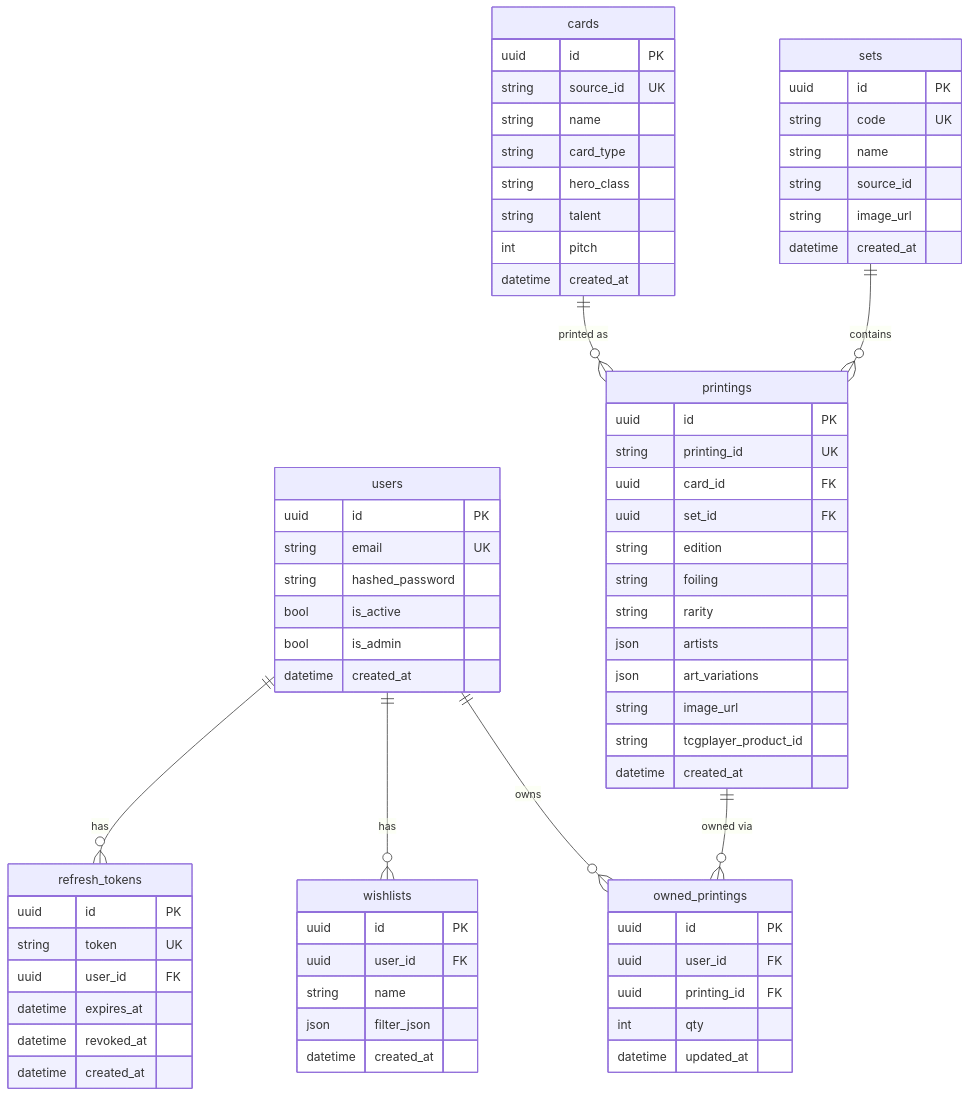
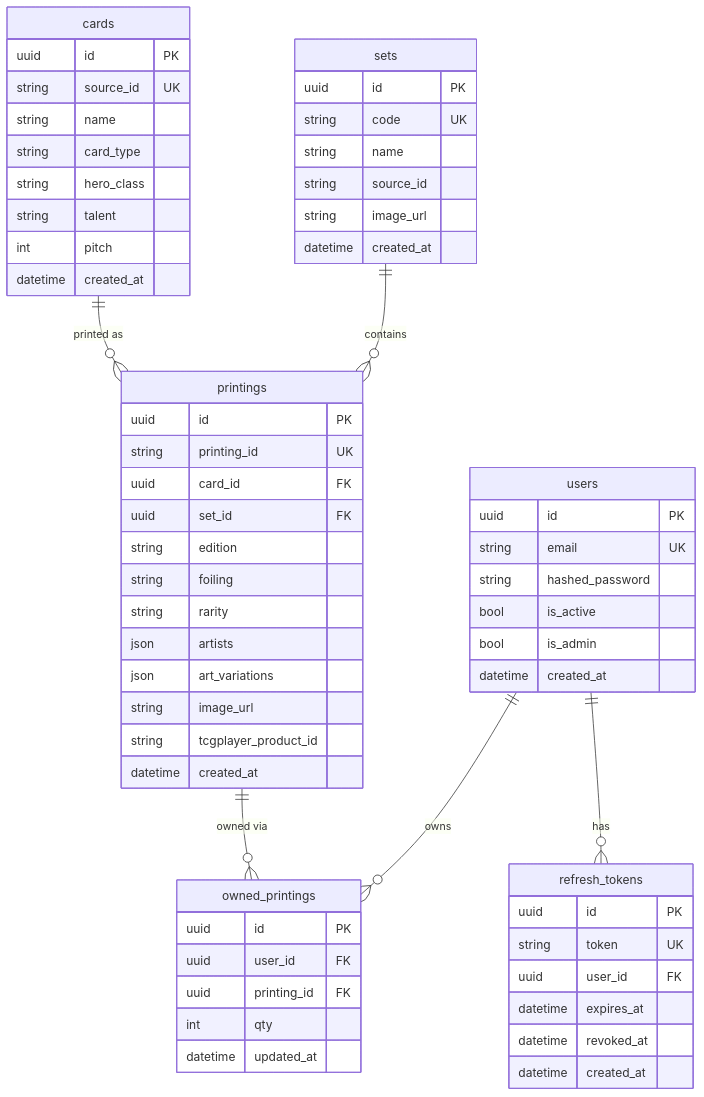
The second of 2 diagrams in README.md (bernardoCardoso21/FabGreatLibrary), drawn with Mermaid before and after one commit. The commit also changed other lines of this file and 13 other files, not shown here.

````diff
--- a/README.md
+++ b/README.md
@@ -64,72 +62,64 @@
 ```mermaid
 erDiagram
     users {
         uuid id PK
         string email UK
         string hashed_password
         bool is_active
         bool is_admin
         datetime created_at
     }
     sets {
         uuid id PK
         string code UK
         string name
         string source_id
         string image_url
         datetime created_at
     }
     cards {
         uuid id PK
         string source_id UK
         string name
         string card_type
         string hero_class
         string talent
         int pitch
         datetime created_at
     }
     printings {
         uuid id PK
         string printing_id UK
         uuid card_id FK
         uuid set_id FK
         string edition
         string foiling
         string rarity
         json artists
         json art_variations
         string image_url
         string tcgplayer_product_id
         datetime created_at
     }
     owned_printings {
         uuid id PK
         uuid user_id FK
         uuid printing_id FK
         int qty
         datetime updated_at
     }
-    wishlists {
-        uuid id PK
-        uuid user_id FK
-        string name
-        json filter_json
-        datetime created_at
-    }
     refresh_tokens {
         uuid id PK
         string token UK
         uuid user_id FK
         datetime expires_at
         datetime revoked_at
         datetime created_at
     }
 
     users ||--o{ owned_printings : owns
-    users ||--o{ wishlists : has
     users ||--o{ refresh_tokens : has
     sets ||--o{ printings : contains
     cards ||--o{ printings : "printed as"
     printings ||--o{ owned_printings : "owned via"
 ```
````
